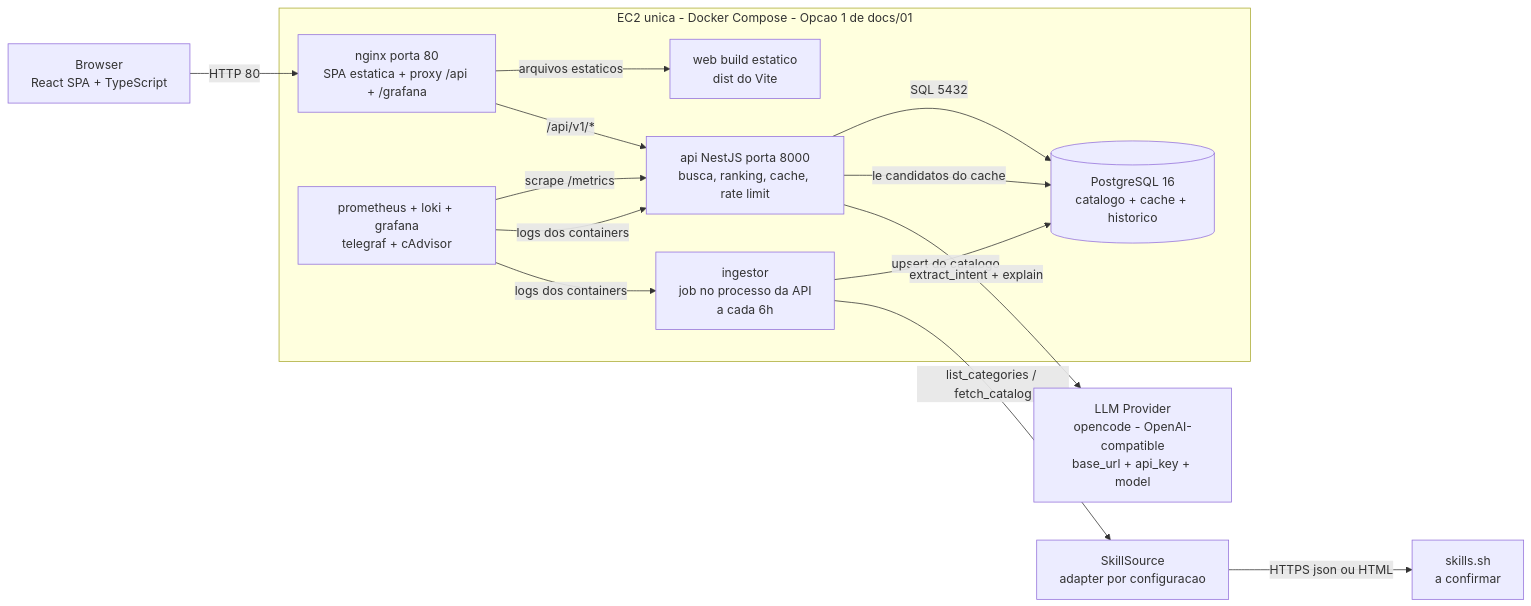
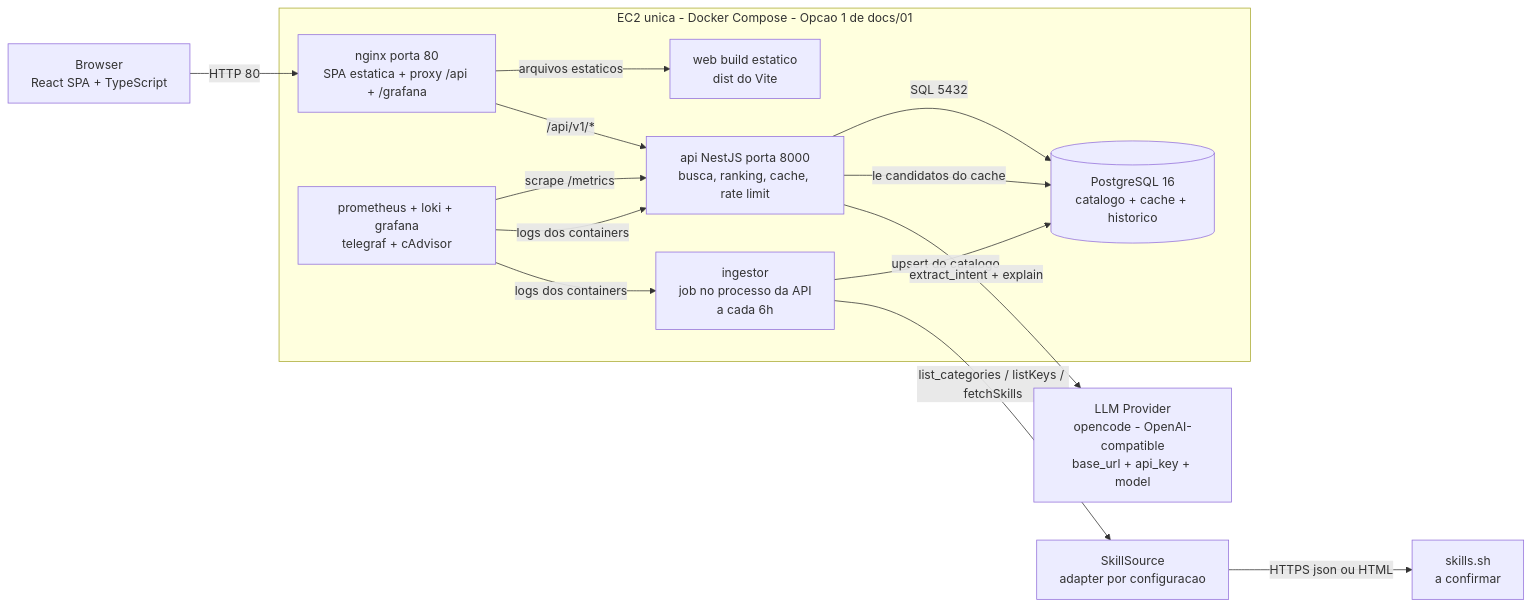
Before and after one commit to emanuelrodrigues2005/skill-finder: the first of 2 diagrams in docs/app/02-arquitetura.md, drawn with Mermaid. The commit also changed other lines of this file and 12 other files, not shown here.

First line of the commit message:
feat(catalog): rotate the ingest slice and discover unseen keys

````diff
--- a/docs/app/02-arquitetura.md
+++ b/docs/app/02-arquitetura.md
@@ -43,30 +43,30 @@
 ```mermaid
 flowchart LR
   U["Browser<br/>React SPA + TypeScript"]
 
   subgraph HOST["EC2 unica - Docker Compose - Opcao 1 de docs/01"]
     NG["nginx porta 80<br/>SPA estatica + proxy /api + /grafana"]
     API["api NestJS porta 8000<br/>busca, ranking, cache, rate limit"]
     WEB["web build estatico<br/>dist do Vite"]
     PG[("PostgreSQL 16<br/>catalogo + cache + historico")]
     ING["ingestor<br/>job no processo da API<br/>a cada 6h"]
     OBS["prometheus + loki + grafana<br/>telegraf + cAdvisor"]
   end
 
   LLM["LLM Provider<br/>opencode - OpenAI-compatible<br/>base_url + api_key + model"]
   SRC["SkillSource<br/>adapter por configuracao"]
   SK["skills.sh<br/>a confirmar"]
 
   U -->|"HTTP 80"| NG
   NG -->|"arquivos estaticos"| WEB
   NG -->|"/api/v1/*"| API
   API -->|"SQL 5432"| PG
   ING -->|"upsert do catalogo"| PG
-  ING -->|"list_categories / fetch_catalog"| SRC
+  ING -->|"list_categories / listKeys / fetchSkills"| SRC
   API -->|"le candidatos do cache"| PG
   API -->|"extract_intent + explain"| LLM
   SRC -->|"HTTPS json ou HTML"| SK
   OBS -->|"scrape /metrics"| API
   OBS -->|"logs dos containers"| API
   OBS -->|"logs dos containers"| ING
 ```
````
